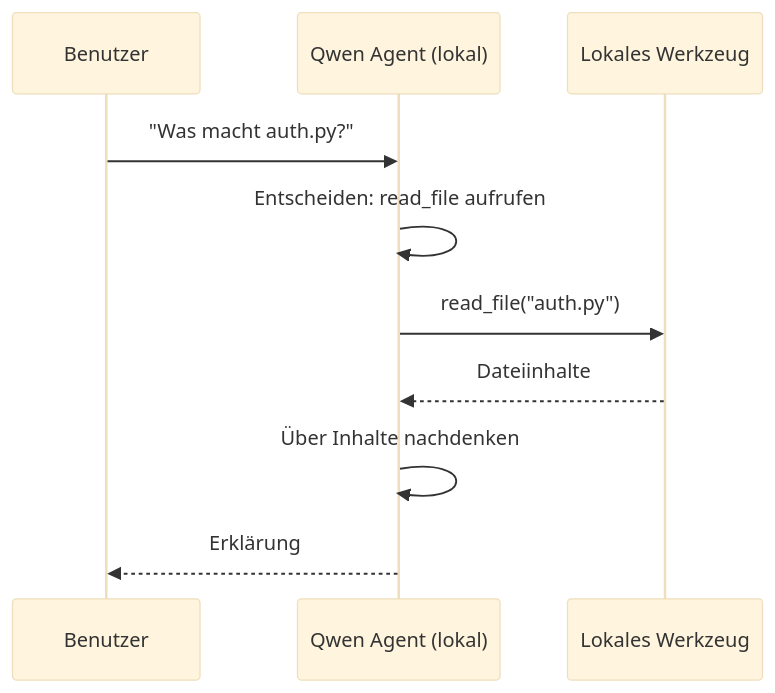
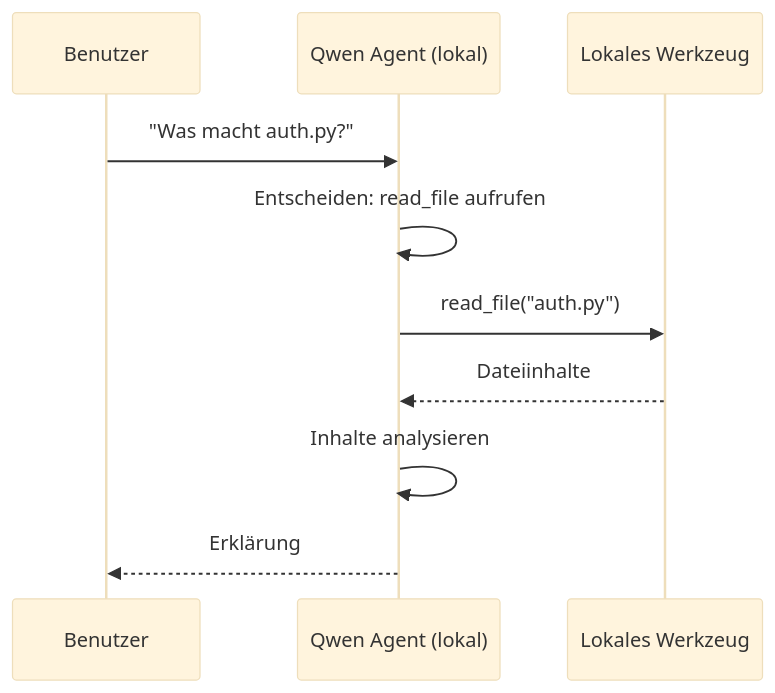
Before and after one commit to gabrielmoreira/agent-skills-mirror: the second of 4 diagrams in mirrors/repos/microsoft@ai-agents-for-beginners/translations/de/17-creating-local-ai-agents/README.md, drawn with Mermaid (base theme). The commit also changed other lines of this file and 4262 other files, not shown here.

````diff
--- a/mirrors/repos/microsoft@ai-agents-for-beginners/translations/de/17-creating-local-ai-agents/README.md
+++ b/mirrors/repos/microsoft@ai-agents-for-beginners/translations/de/17-creating-local-ai-agents/README.md
@@ -106,12 +106,12 @@
 ```mermaid
 sequenceDiagram
     participant U as Benutzer
     participant A as Qwen Agent (lokal)
     participant T as Lokales Werkzeug
     U->>A: "Was macht auth.py?"
     A->>A: Entscheiden: read_file aufrufen
     A->>T: read_file("auth.py")
     T-->>A: Dateiinhalte
-    A->>A: Über Inhalte nachdenken
+    A->>A: Inhalte analysieren
     A-->>U: Erklärung
 ```
````
